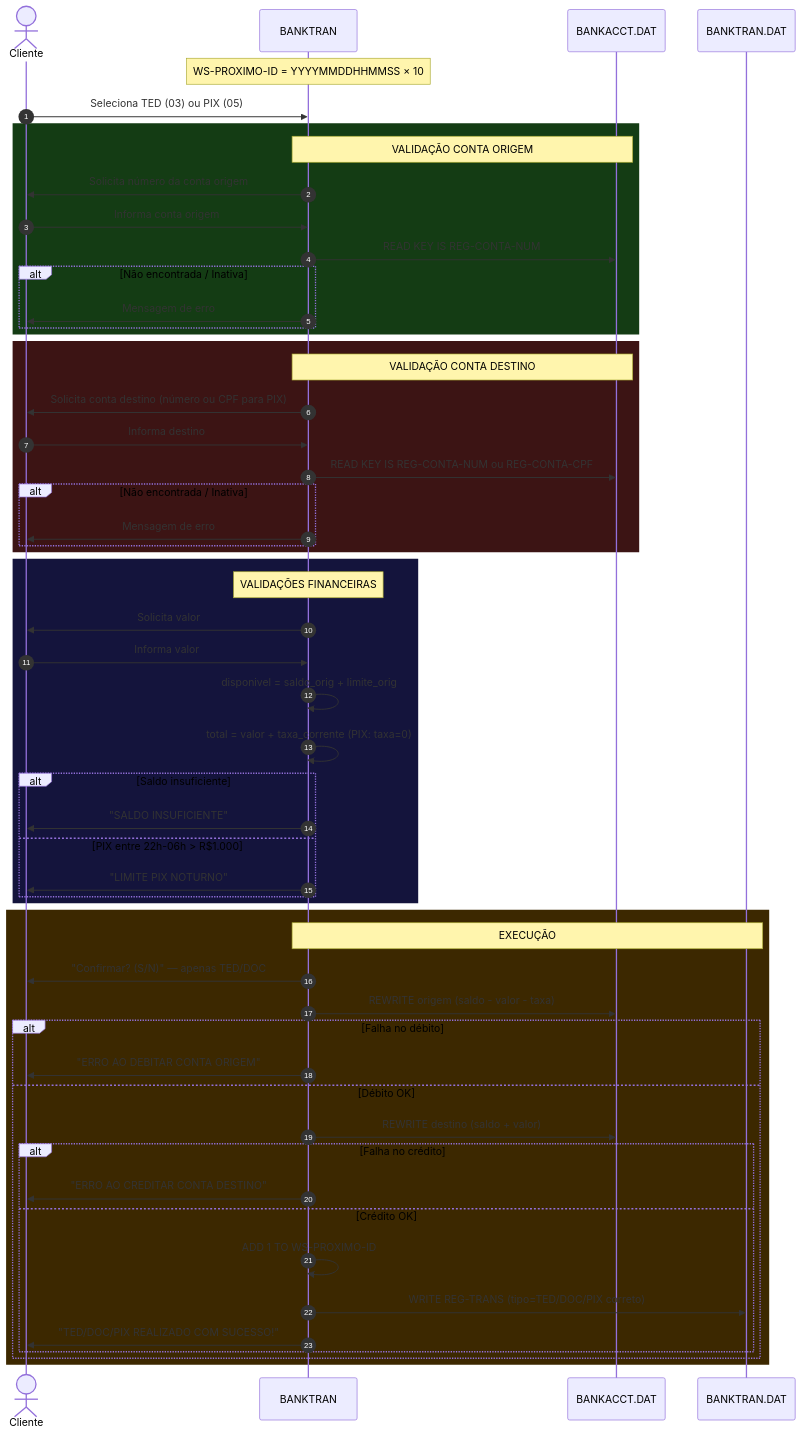
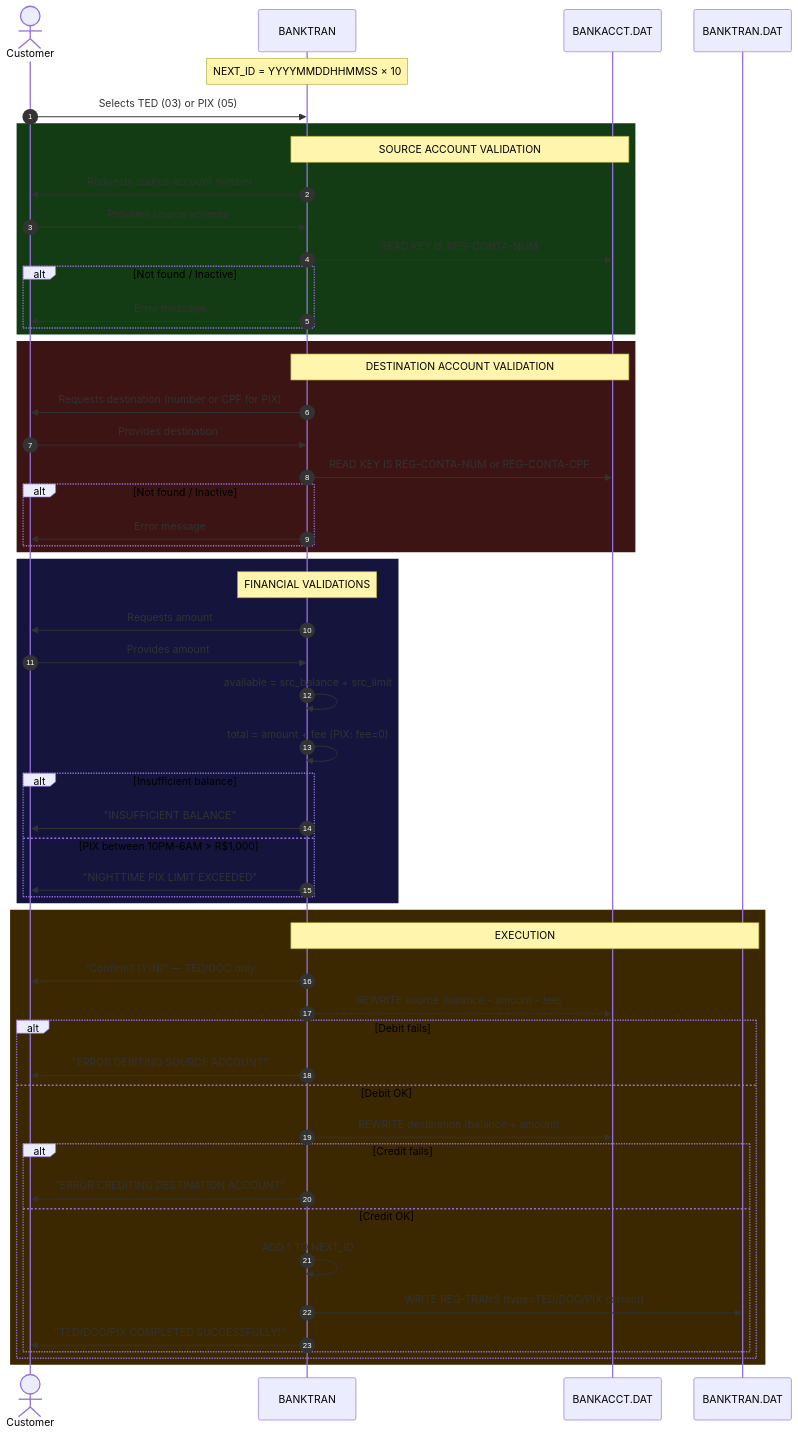
The seventh of 11 diagrams in README.md (VictorHJesusSantiago/bank_system), drawn with Mermaid before and after one commit. The commit also changed other lines of this file and 2 other files, not shown here.

````diff
--- a/README.md
+++ b/README.md
@@ -972,63 +978,63 @@
 ```mermaid
 sequenceDiagram
     autonumber
-    actor Cliente
+    actor Customer
     participant BANKTRAN
-    participant ARQCONTAS as BANKACCT.DAT
-    participant ARQTRANS as BANKTRAN.DAT
+    participant ACCTFILE as BANKACCT.DAT
+    participant TRANFILE as BANKTRAN.DAT
 
-    Note over BANKTRAN: WS-PROXIMO-ID = YYYYMMDDHHMMSS × 10
+    Note over BANKTRAN: NEXT_ID = YYYYMMDDHHMMSS × 10
 
-    Cliente->>BANKTRAN: Seleciona TED (03) ou PIX (05)
+    Customer->>BANKTRAN: Selects TED (03) or PIX (05)
 
     rect rgb(20, 60, 20)
-        Note over BANKTRAN,ARQCONTAS: VALIDAÇÃO CONTA ORIGEM
-        BANKTRAN->>Cliente: Solicita número da conta origem
-        Cliente->>BANKTRAN: Informa conta origem
-        BANKTRAN->>ARQCONTAS: READ KEY IS REG-CONTA-NUM
-        alt Não encontrada / Inativa
-            BANKTRAN->>Cliente: Mensagem de erro
+        Note over BANKTRAN,ACCTFILE: SOURCE ACCOUNT VALIDATION
+        BANKTRAN->>Customer: Requests source account number
+        Customer->>BANKTRAN: Provides source account
+        BANKTRAN->>ACCTFILE: READ KEY IS REG-CONTA-NUM
+        alt Not found / Inactive
+            BANKTRAN->>Customer: Error message
         end
     end
 
     rect rgb(60, 20, 20)
-        Note over BANKTRAN,ARQCONTAS: VALIDAÇÃO CONTA DESTINO
-        BANKTRAN->>Cliente: Solicita conta destino (número ou CPF para PIX)
-        Cliente->>BANKTRAN: Informa destino
-        BANKTRAN->>ARQCONTAS: READ KEY IS REG-CONTA-NUM ou REG-CONTA-CPF
-        alt Não encontrada / Inativa
-            BANKTRAN->>Cliente: Mensagem de erro
+        Note over BANKTRAN,ACCTFILE: DESTINATION ACCOUNT VALIDATION
+        BANKTRAN->>Customer: Requests destination (number or CPF for PIX)
+        Customer->>BANKTRAN: Provides destination
+        BANKTRAN->>ACCTFILE: READ KEY IS REG-CONTA-NUM or REG-CONTA-CPF
+        alt Not found / Inactive
+            BANKTRAN->>Customer: Error message
         end
     end
 
     rect rgb(20, 20, 60)
-        Note over BANKTRAN: VALIDAÇÕES FINANCEIRAS
-        BANKTRAN->>Cliente: Solicita valor
-        Cliente->>BANKTRAN: Informa valor
-        BANKTRAN->>BANKTRAN: disponivel = saldo_orig + limite_orig
-        BANKTRAN->>BANKTRAN: total = valor + taxa_corrente (PIX: taxa=0)
-        alt Saldo insuficiente
-            BANKTRAN->>Cliente: "SALDO INSUFICIENTE"
-        else PIX entre 22h-06h > R$1.000
-            BANKTRAN->>Cliente: "LIMITE PIX NOTURNO"
+        Note over BANKTRAN: FINANCIAL VALIDATIONS
+        BANKTRAN->>Customer: Requests amount
+        Customer->>BANKTRAN: Provides amount
+        BANKTRAN->>BANKTRAN: available = src_balance + src_limit
+        BANKTRAN->>BANKTRAN: total = amount + fee (PIX: fee=0)
+        alt Insufficient balance
+            BANKTRAN->>Customer: "INSUFFICIENT BALANCE"
+        else PIX between 10PM-6AM > R$1,000
+            BANKTRAN->>Customer: "NIGHTTIME PIX LIMIT EXCEEDED"
         end
     end
 
     rect rgb(60, 40, 0)
-        Note over BANKTRAN,ARQTRANS: EXECUÇÃO
-        BANKTRAN->>Cliente: "Confirmar? (S/N)" — apenas TED/DOC
-        BANKTRAN->>ARQCONTAS: REWRITE origem (saldo - valor - taxa)
-        alt Falha no débito
-            BANKTRAN->>Cliente: "ERRO AO DEBITAR CONTA ORIGEM"
-        else Débito OK
-            BANKTRAN->>ARQCONTAS: REWRITE destino (saldo + valor)
-            alt Falha no crédito
-                BANKTRAN->>Cliente: "ERRO AO CREDITAR CONTA DESTINO"
-            else Crédito OK
-                BANKTRAN->>BANKTRAN: ADD 1 TO WS-PROXIMO-ID
-                BANKTRAN->>ARQTRANS: WRITE REG-TRANS (tipo=TED/DOC/PIX correto)
-                BANKTRAN->>Cliente: "TED/DOC/PIX REALIZADO COM SUCESSO!"
+        Note over BANKTRAN,TRANFILE: EXECUTION
+        BANKTRAN->>Customer: "Confirm? (Y/N)" — TED/DOC only
+        BANKTRAN->>ACCTFILE: REWRITE source (balance - amount - fee)
+        alt Debit fails
+            BANKTRAN->>Customer: "ERROR DEBITING SOURCE ACCOUNT"
+        else Debit OK
+            BANKTRAN->>ACCTFILE: REWRITE destination (balance + amount)
+            alt Credit fails
+                BANKTRAN->>Customer: "ERROR CREDITING DESTINATION ACCOUNT"
+            else Credit OK
+                BANKTRAN->>BANKTRAN: ADD 1 TO NEXT_ID
+                BANKTRAN->>TRANFILE: WRITE REG-TRANS (type=TED/DOC/PIX correct)
+                BANKTRAN->>Customer: "TED/DOC/PIX COMPLETED SUCCESSFULLY!"
             end
         end
     end
 ```
````
